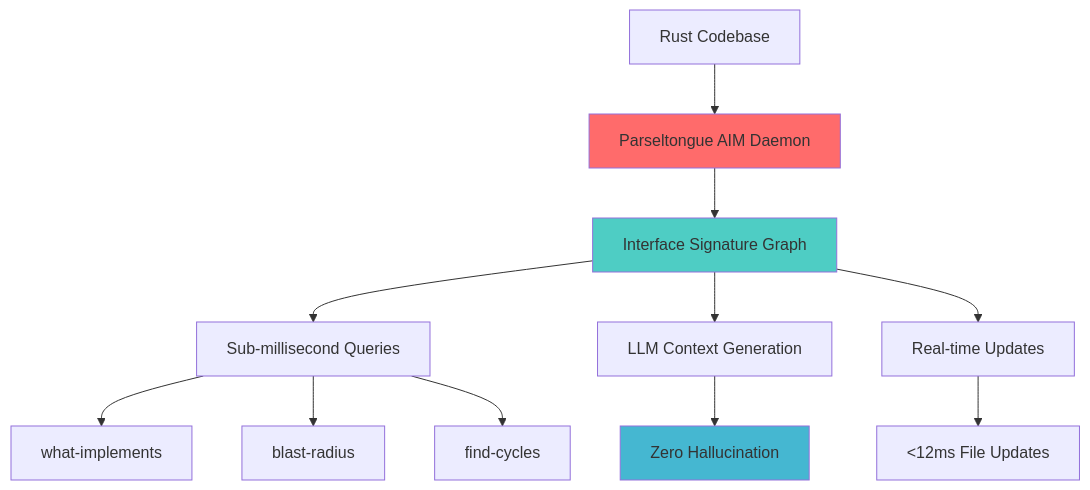
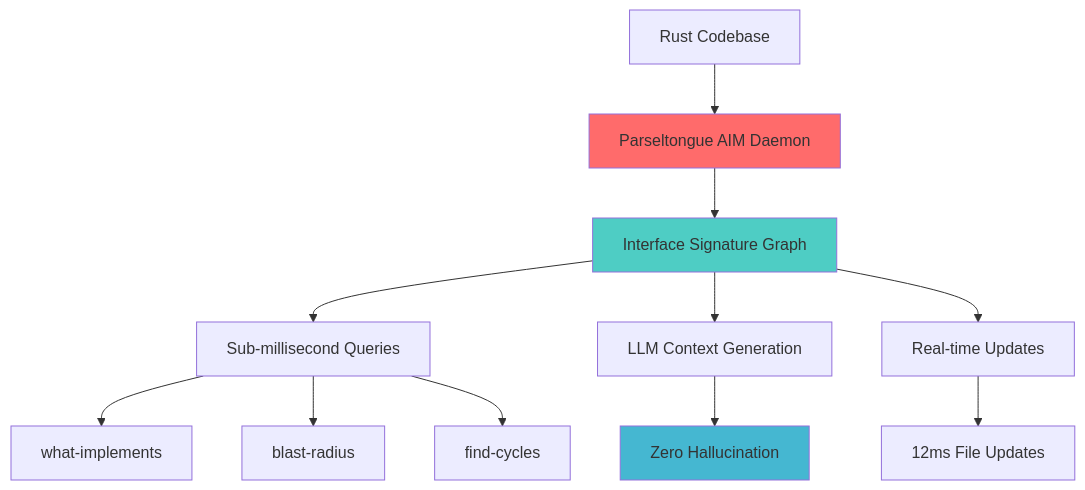
Before and after one commit to that-in-rust/parseltongue: the first of 10 diagrams in README.md, drawn with Mermaid. The commit also changed other lines of this file and 32 other files, not shown here.

````diff
--- a/README.md
+++ b/README.md
@@ -9,19 +9,19 @@
 ```mermaid
 graph TB
     A[Rust Codebase] --> B[Parseltongue AIM Daemon]
     B --> C[Interface Signature Graph]
     C --> D[Sub-millisecond Queries]
     C --> E[LLM Context Generation]
     C --> F[Real-time Updates]
     
     D --> G[what-implements]
     D --> H[blast-radius]
     D --> I[find-cycles]
     
     E --> J[Zero Hallucination]
-    F --> K[<12ms File Updates]
+    F --> K[12ms File Updates]
     
     style B fill:#ff6b6b
     style C fill:#4ecdc4
     style J fill:#45b7d1
 ```
````
